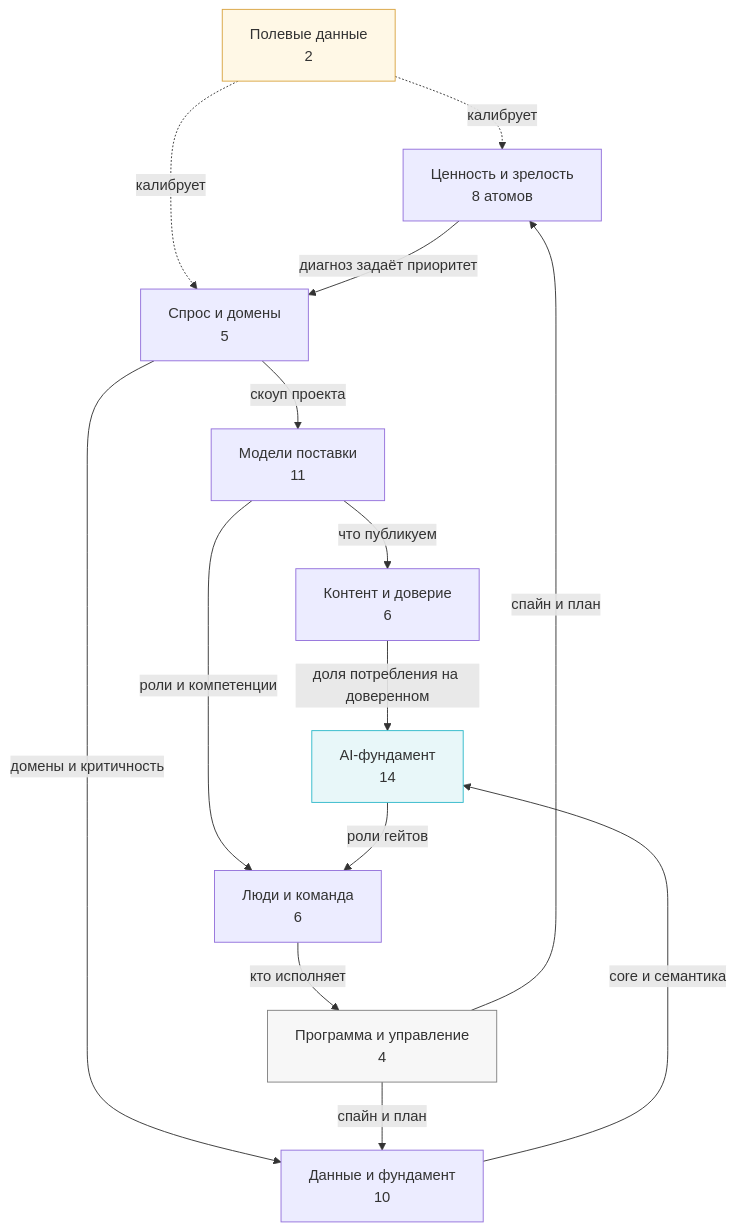
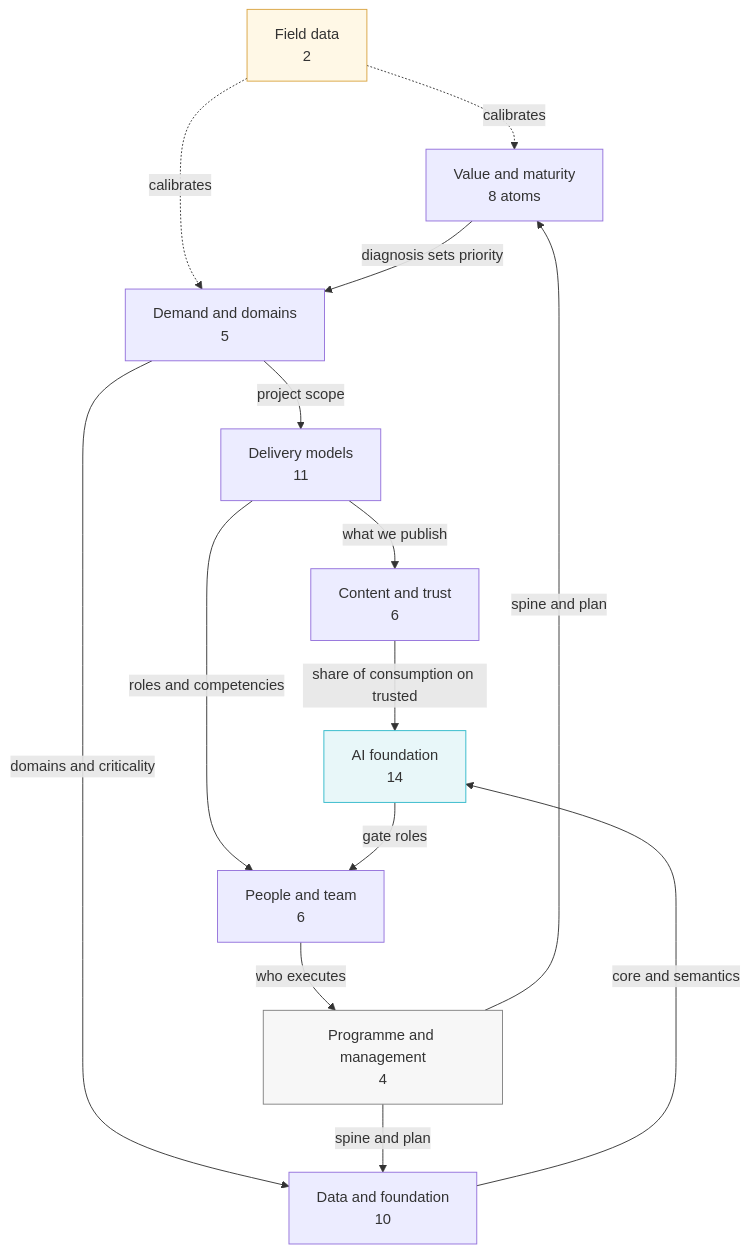
The first of 10 diagrams in references/kb/30-graph.md (alexbarakov/BI-strategy-self-consulting-agent), drawn with Mermaid before and after one commit. The commit also changed other lines of this file, not shown here.

Commit message:
Translate the visual theme graph (batch 3, part 2)

````diff
--- a/references/kb/30-graph.md
+++ b/references/kb/30-graph.md
@@ -16,30 +16,30 @@
 ```mermaid
 flowchart TB
-  VAL["Ценность и зрелость<br/>8 атомов"]
-  DEM["Спрос и домены<br/>5"]
-  DEL["Модели поставки<br/>11"]
-  CON["Контент и доверие<br/>6"]
-  DAT["Данные и фундамент<br/>10"]
-  AI["AI-фундамент<br/>14"]
-  PEO["Люди и команда<br/>6"]
-  PRG["Программа и управление<br/>4"]
-  FLD["Полевые данные<br/>2"]
+  VAL["Value and maturity<br/>8 atoms"]
+  DEM["Demand and domains<br/>5"]
+  DEL["Delivery models<br/>11"]
+  CON["Content and trust<br/>6"]
+  DAT["Data and foundation<br/>10"]
+  AI["AI foundation<br/>14"]
+  PEO["People and team<br/>6"]
+  PRG["Programme and management<br/>4"]
+  FLD["Field data<br/>2"]
 
-  FLD -.->|калибрует| VAL
-  FLD -.->|калибрует| DEM
-  VAL -->|диагноз задаёт приоритет| DEM
-  DEM -->|скоуп проекта| DEL
-  DEM -->|домены и критичность| DAT
-  DEL -->|что публикуем| CON
-  DAT -->|core и семантика| AI
-  CON -->|доля потребления на доверенном| AI
-  DEL -->|роли и компетенции| PEO
-  AI -->|роли гейтов| PEO
-  PRG -->|спайн и план| VAL
-  PRG -->|спайн и план| DAT
-  PEO -->|кто исполняет| PRG
+  FLD -.->|calibrates| VAL
+  FLD -.->|calibrates| DEM
+  VAL -->|diagnosis sets priority| DEM
+  DEM -->|project scope| DEL
+  DEM -->|domains and criticality| DAT
+  DEL -->|what we publish| CON
+  DAT -->|core and semantics| AI
+  CON -->|share of consumption on trusted| AI
+  DEL -->|roles and competencies| PEO
+  AI -->|gate roles| PEO
+  PRG -->|spine and plan| VAL
+  PRG -->|spine and plan| DAT
+  PEO -->|who executes| PRG
 
   style AI fill:#e8f7f9,stroke:#2fb9ca
   style PRG fill:#f7f7f7,stroke:#808080
   style FLD fill:#fff8e6,stroke:#d9a441
 ```
````
